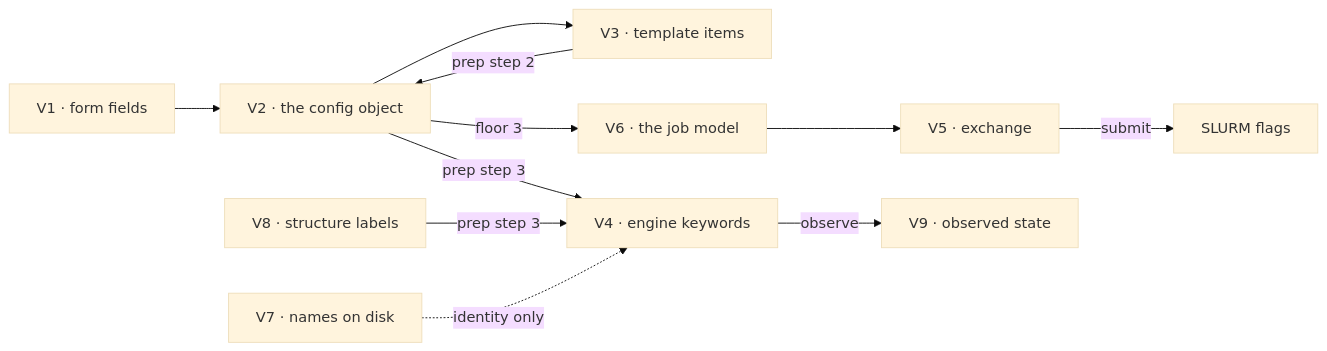
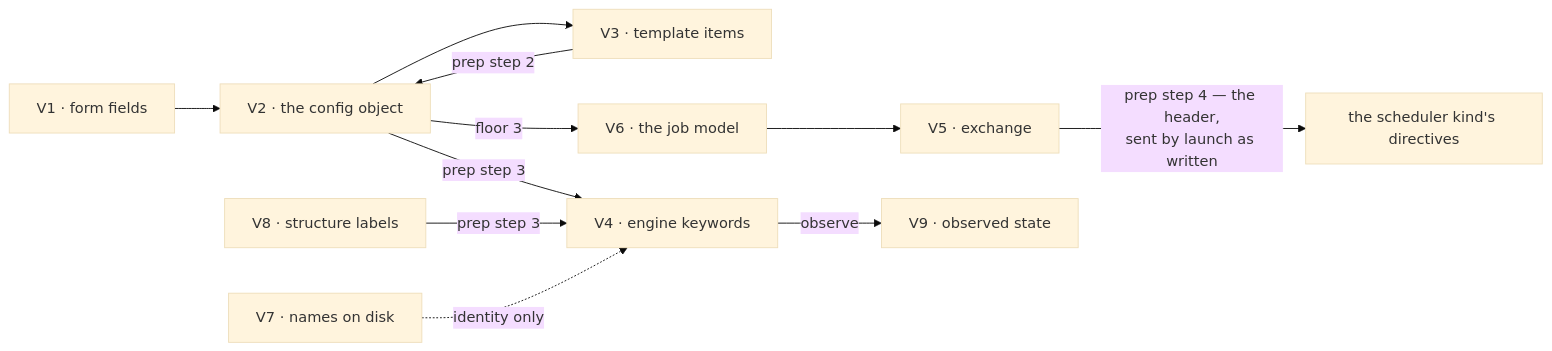
The tenth of 10 diagrams in docs/execution/architecture.md (Qing-LAB/molbuilder), drawn with Mermaid (base theme) before and after one commit. The commit also changed other lines of this file and 54 other files, not shown here.

````diff
--- a/docs/execution/architecture.md
+++ b/docs/execution/architecture.md
@@ -1421,13 +1399,13 @@
 ```mermaid
 flowchart LR
     V1["V1 · form fields"] --> V2["V2 · the config object"]
     V2 --> V3["V3 · template items"]
     V3 -->|"prep step 2"| V2
     V2 -->|"prep step 3"| V4["V4 · engine keywords"]
     V8["V8 · structure labels"] -->|"prep step 3"| V4
     V2 -->|"floor 3"| V6["V6 · the job model"]
     V6 --> V5["V5 · exchange"]
-    V5 -->|"submit"| SL["SLURM flags"]
+    V5 -->|"prep step 4 — the header,<br/>sent by launch as written"| SL["the scheduler kind's directives"]
     V7["V7 · names on disk"] -.->|"identity only"| V4
     V4 -->|"observe"| V9["V9 · observed state"]
 ```
````
